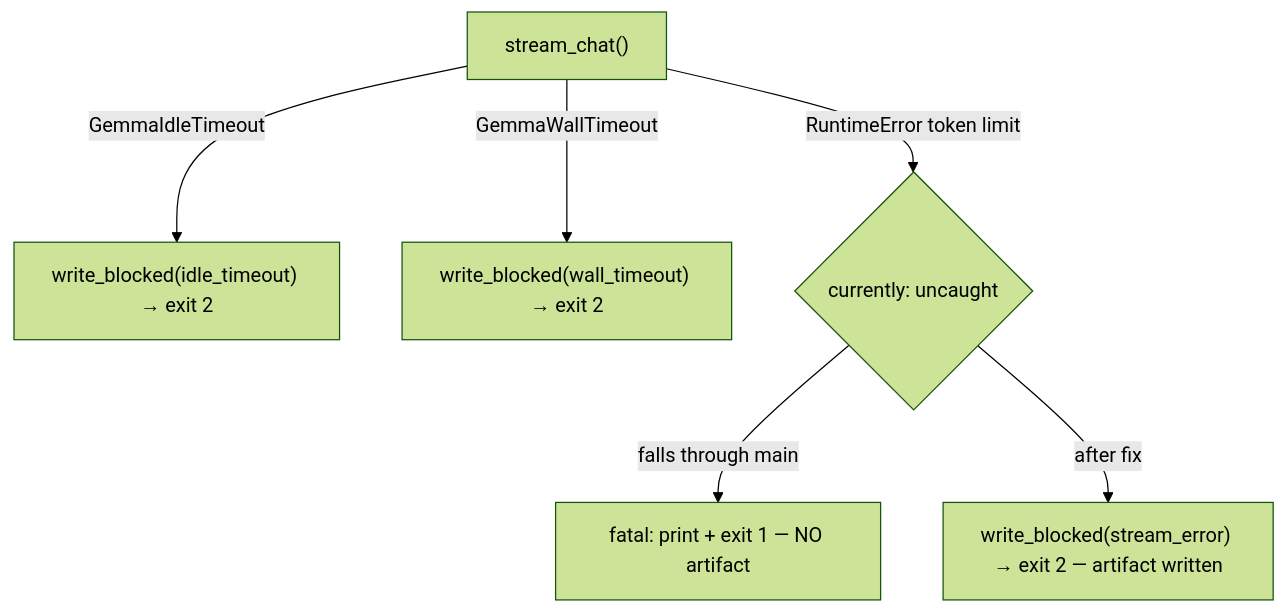
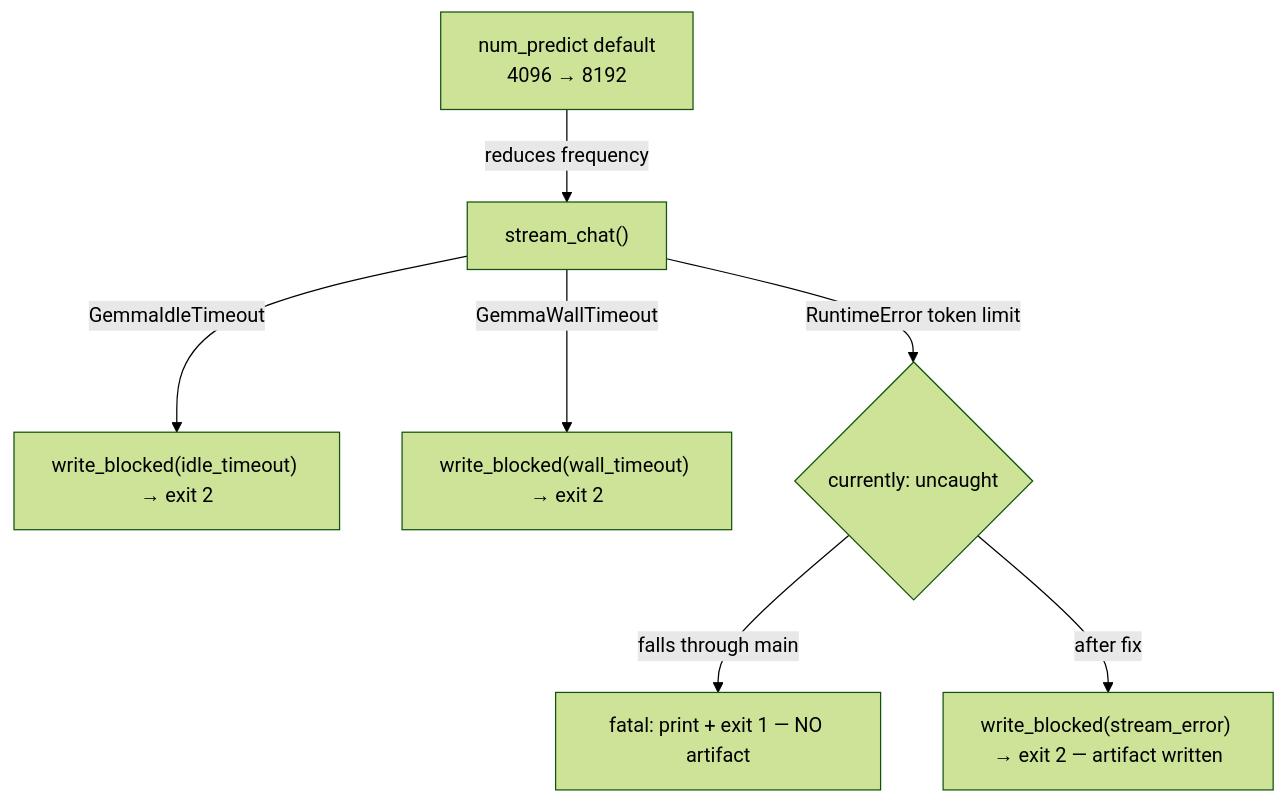
Before and after one commit to krukmat/dubbridge: the diagram in docs/tasks/bug-push-review-token-limit.md, drawn with Mermaid (forest theme). The commit also changed other lines of this file and 2 other files, not shown here.

````diff
--- a/docs/tasks/bug-push-review-token-limit.md
+++ b/docs/tasks/bug-push-review-token-limit.md
@@ -129,8 +152,9 @@
 ```mermaid
 flowchart TD
+    P["num_predict default\n4096 → 8192"] -->|reduces frequency| A
     A["stream_chat()"] -->|GemmaIdleTimeout| B["write_blocked(idle_timeout) → exit 2"]
     A -->|GemmaWallTimeout| C["write_blocked(wall_timeout) → exit 2"]
     A -->|RuntimeError token limit| D{"currently: uncaught"}
     D -->|falls through main| E["fatal: print + exit 1 — NO artifact"]
     D -->|after fix| F["write_blocked(stream_error) → exit 2 — artifact written"]
 ```
````
